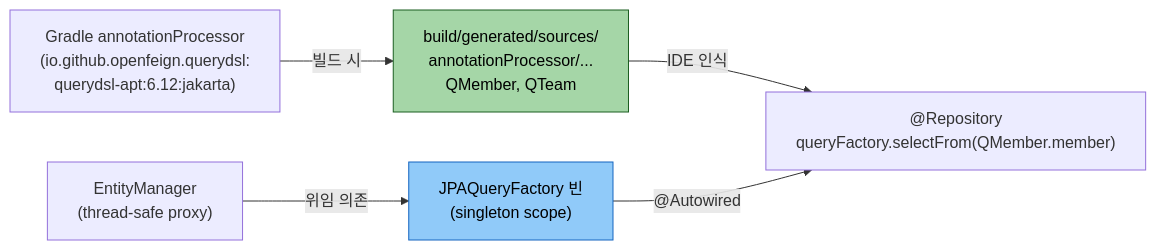
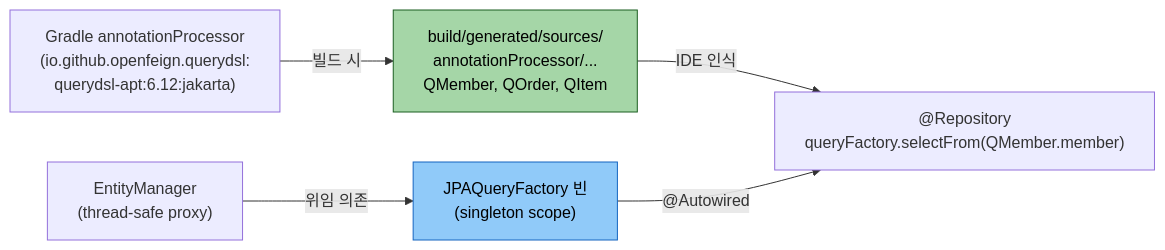
The second of 3 diagrams in write/05_data/querydsl/01-02.프로젝트 셋업 (Gradle 6.12).md (scofe97/StduyWrite), drawn with Mermaid before and after one commit. The commit also changed other lines of this file and 2 other files, not shown here.

````diff
--- a/write/05_data/querydsl/01-02.프로젝트 셋업 (Gradle 6.12).md
+++ b/write/05_data/querydsl/01-02.프로젝트 셋업 (Gradle 6.12).md
@@ -336,16 +418,16 @@
 ```mermaid
 flowchart LR
     gradle["Gradle annotationProcessor<br>(io.github.openfeign.querydsl:<br>querydsl-apt:6.12:jakarta)"]
-    qclass["build/generated/sources/<br>annotationProcessor/...<br>QMember, QTeam"]
+    qclass["build/generated/sources/<br>annotationProcessor/...<br>QMember, QOrder, QItem"]
     bean["JPAQueryFactory 빈<br>(singleton scope)"]
     code["@Repository<br>queryFactory.selectFrom(QMember.member)"]
     em["EntityManager<br>(thread-safe proxy)"]
 
     gradle -->|"빌드 시"| qclass
     qclass -->|"IDE 인식"| code
     em -->|"위임 의존"| bean
     bean -->|"@Autowired"| code
 
     style qclass fill:#A5D6A7,color:#000,stroke:#1B5E20
     style bean fill:#90CAF9,color:#000,stroke:#1565C0
 ```
````
